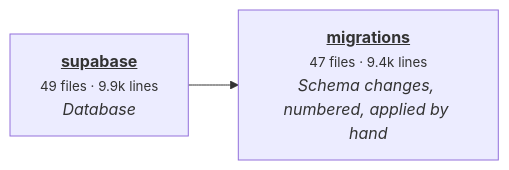
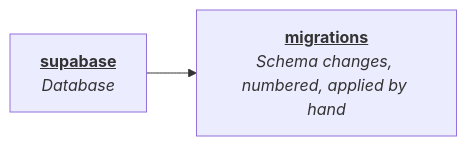
One commit to JumpLikeFLEA/colloquiz changed the sixth of 6 diagrams in README.md. Above: the diagram before and after it, drawn with Mermaid. The commit also changed other lines of this file, not shown here.

````diff
--- a/README.md
+++ b/README.md
@@ -222,6 +222,6 @@
 ```mermaid
 flowchart LR
-  n0["<b><a href='https://github.com/JumpLikeFLEA/colloquiz/tree/main/supabase' style='color:inherit'>supabase</a></b><br/><small>49 files · 9.9k lines</small><br/><i>Database</i>"]
-  n1["<b><a href='https://github.com/JumpLikeFLEA/colloquiz/tree/main/supabase/migrations' style='color:inherit'>migrations</a></b><br/><small>47 files · 9.4k lines</small><br/><i>Schema changes, numbered, applied by hand</i>"]
+  n0["<b><a href='https://github.com/JumpLikeFLEA/colloquiz/tree/main/supabase' style='color:inherit'>supabase</a></b><br/><i>Database</i>"]
+  n1["<b><a href='https://github.com/JumpLikeFLEA/colloquiz/tree/main/supabase/migrations' style='color:inherit'>migrations</a></b><br/><i>Schema changes, numbered, applied by hand</i>"]
   n0 --> n1
 ```
````
